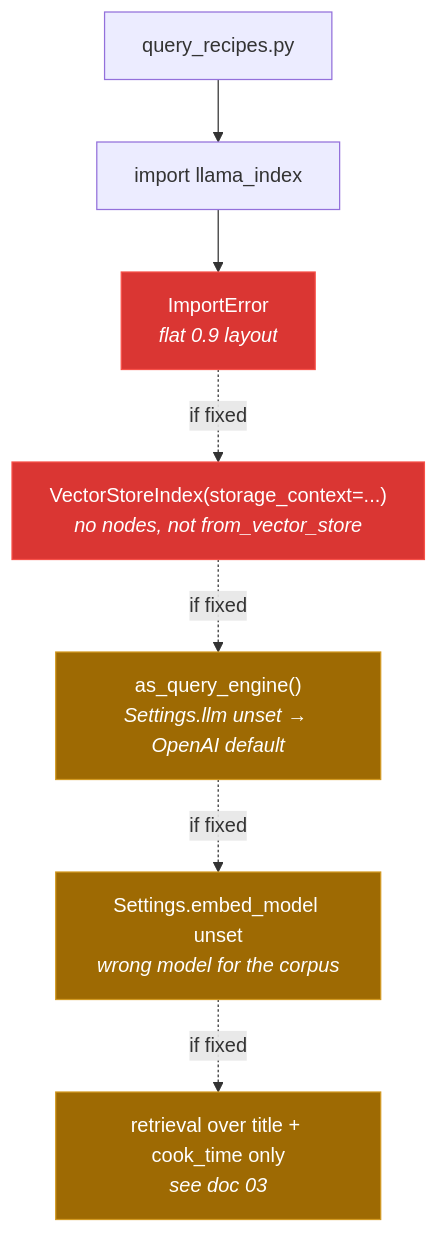
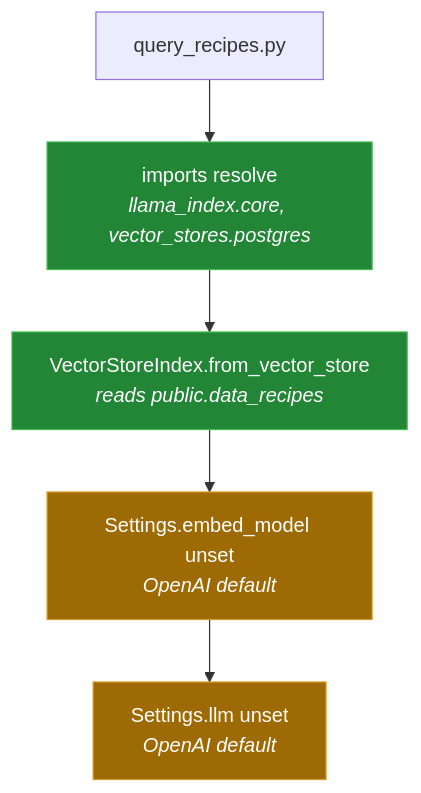
Before and after one commit to Bissbert/cookingRAG: the second of 2 diagrams in docs/05-query.md, drawn with Mermaid. The commit also changed other lines of this file and 11 other files, not shown here.

````diff
--- a/docs/05-query.md
+++ b/docs/05-query.md
@@ -103,15 +68,12 @@
 ```mermaid
 flowchart TD
-    A["query_recipes.py"] --> B["import llama_index"]
-    B --> C["ImportError<br/><i>flat 0.9 layout</i>"]
-    C -.->|"if fixed"| D["VectorStoreIndex(storage_context=...)<br/><i>no nodes, not from_vector_store</i>"]
-    D -.->|"if fixed"| E["as_query_engine()<br/><i>Settings.llm unset → OpenAI default</i>"]
-    E -.->|"if fixed"| F["Settings.embed_model unset<br/><i>wrong model for the corpus</i>"]
-    F -.->|"if fixed"| G["retrieval over title + cook_time only<br/><i>see doc 03</i>"]
+    A["query_recipes.py"] --> B["imports resolve<br/><i>llama_index.core, vector_stores.postgres</i>"]
+    B --> D["VectorStoreIndex.from_vector_store<br/><i>reads public.data_recipes</i>"]
+    D --> F["Settings.embed_model unset<br/><i>OpenAI default</i>"]
+    F --> E["Settings.llm unset<br/><i>OpenAI default</i>"]
 
-    style C fill:#da3633,stroke:#f85149,color:#fff
-    style D fill:#da3633,stroke:#f85149,color:#fff
+    style B fill:#238636,stroke:#3fb950,color:#fff
+    style D fill:#238636,stroke:#3fb950,color:#fff
+    style F fill:#9e6a03,stroke:#d29922,color:#fff
     style E fill:#9e6a03,stroke:#d29922,color:#fff
-    style F fill:#9e6a03,stroke:#d29922,color:#fff
-    style G fill:#9e6a03,stroke:#d29922,color:#fff
 ```
````
